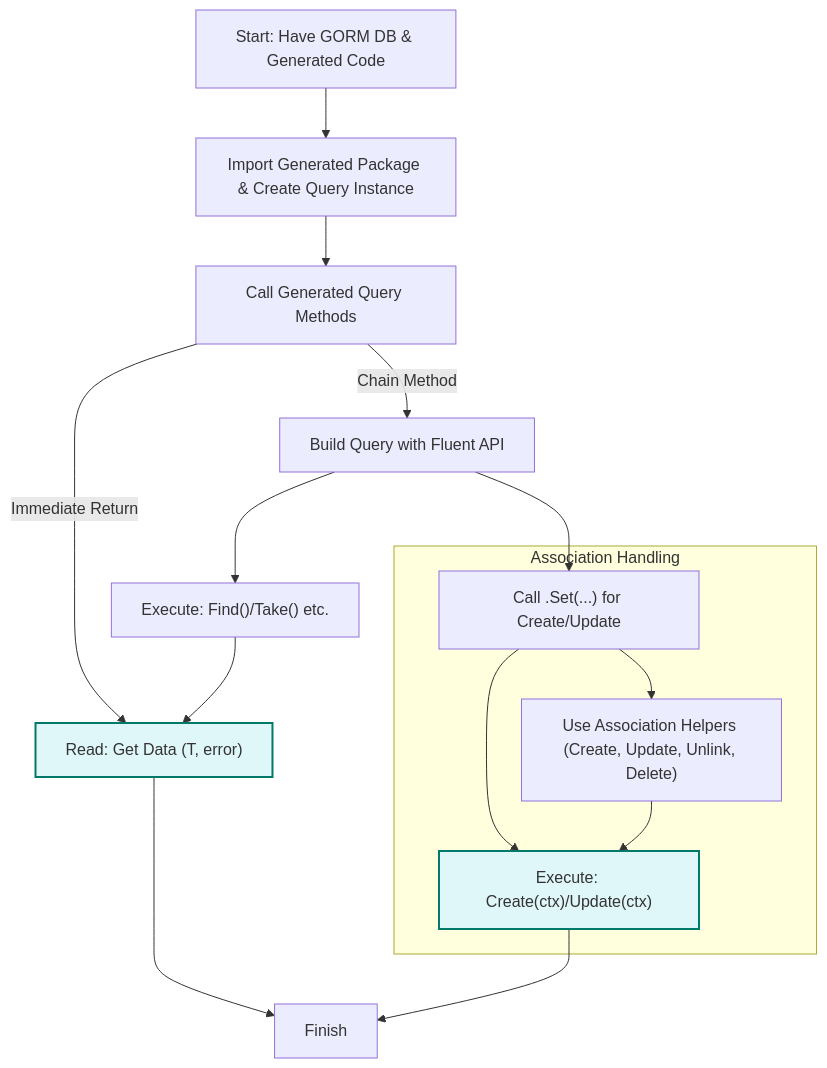
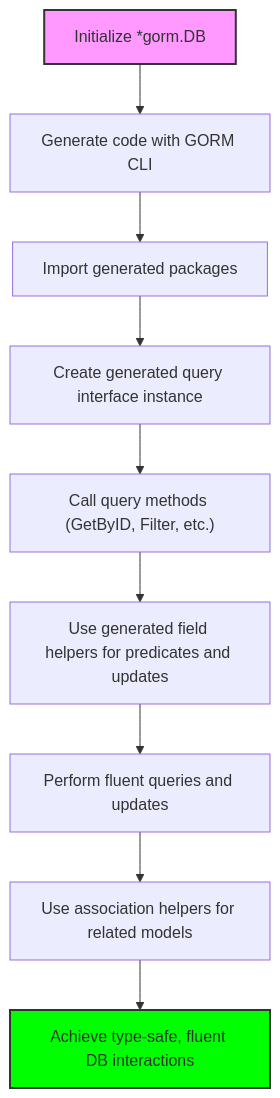
Before and after one commit to clidey/docucod-public-project-3a0e48a9-6b86-4d21-a930-072fe9723c66: the diagram in guides/getting-started/using-generated-apis.mdx, drawn with Mermaid. The commit also changed other lines of this file and 31 other files, not shown here.

````diff
--- a/guides/getting-started/using-generated-apis.mdx
+++ b/guides/getting-started/using-generated-apis.mdx
@@ -277,22 +267,14 @@
 ```mermaid
 flowchart TD
-  Start["Start: Have GORM DB & Generated Code"] --> Init["Import Generated Package & Create Query Instance"]
-  Init --> UseQuery["Call Generated Query Methods"]
-  UseQuery -->|Immediate Return| ReadData["Read: Get Data (T, error)"]
-  UseQuery -->|Chain Method| BuildChain["Build Query with Fluent API"]
-  BuildChain --> ExecRead["Execute: Find()/Take() etc."]
-  ExecRead --> ReadData
-  ReadData --> Done["Finish"]
+  InitDB["Initialize *gorm.DB"] --> Generate["Generate code with GORM CLI"]
+  Generate --> Import["Import generated packages"]
+  Import --> QueryInit["Create generated query interface instance"]
+  QueryInit --> QueryMethodCalls["Call query methods (GetByID, Filter, etc.)"]
+  QueryMethodCalls --> FieldHelpers["Use generated field helpers for predicates and updates"]
+  FieldHelpers --> PerformQueries["Perform fluent queries and updates"]
+  PerformQueries --> ManageAssociations["Use association helpers for related models"]
+  ManageAssociations --> Success["Achieve type-safe, fluent DB interactions"]
 
-  BuildChain --> UseSetters["Call .Set(...) for Create/Update"]
-  UseSetters --> ExecWrite["Execute: Create(ctx)/Update(ctx)"]
-  ExecWrite --> Done
-
-  subgraph Association Handling
-    UseSetters --> AssocOps["Use Association Helpers (Create, Update, Unlink, Delete)"]
-    AssocOps --> ExecWrite
-  end
-
-  classDef readwrite fill:#e0f7fa,stroke:#00796b,stroke-width:2px
-  class ReadData,ExecWrite readwrite
+  style InitDB fill:#f9f,stroke:#333,stroke-width:2px
+  style Success fill:#0f0,stroke:#333,stroke-width:2px
 ```
````
